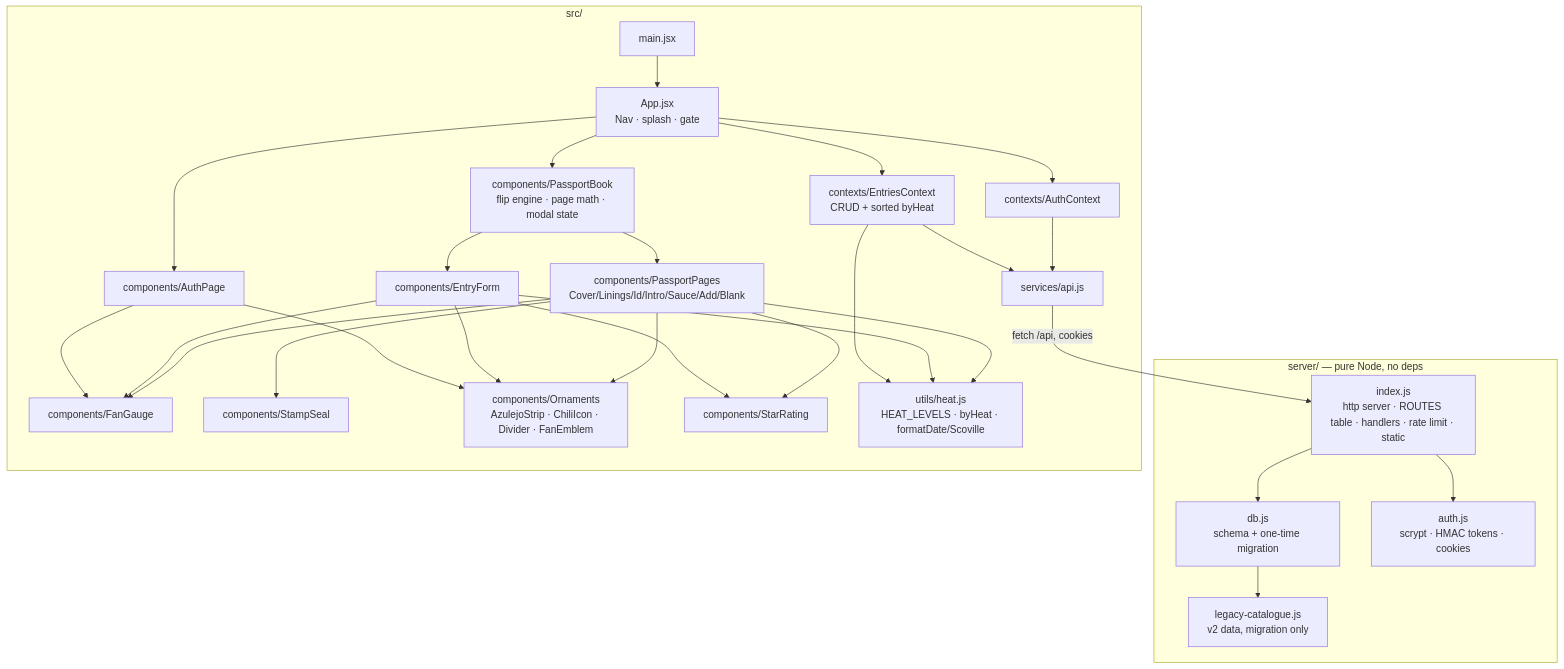
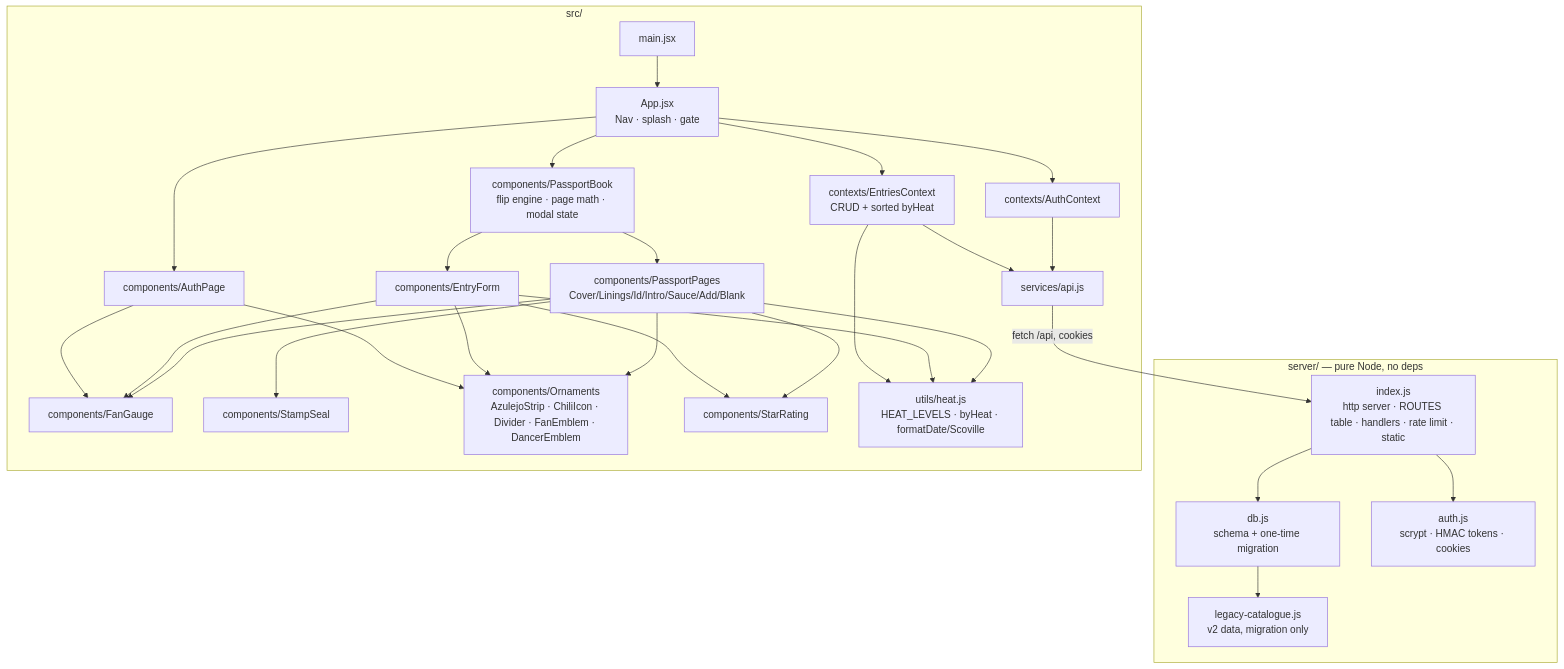
Before and after one commit to jbol/hot-sauce-rater: the diagram in CLAUDE.md, drawn with Mermaid. The commit also changed 5 other files, not shown here.

````diff
--- a/CLAUDE.md
+++ b/CLAUDE.md
@@ -24,23 +24,23 @@
 ```mermaid
 graph TD
   subgraph server [server/ — pure Node, no deps]
     IDX[index.js<br/>http server · ROUTES table · handlers · rate limit · static] --> DB[db.js<br/>schema + one-time migration]
     IDX --> AUTH[auth.js<br/>scrypt · HMAC tokens · cookies]
     DB --> LEG[legacy-catalogue.js<br/>v2 data, migration only]
   end
   subgraph frontend [src/]
     MAIN[main.jsx] --> APP[App.jsx<br/>Nav · splash · gate]
     APP --> AC[contexts/AuthContext]
     APP --> AP[components/AuthPage]
     APP --> EC[contexts/EntriesContext<br/>CRUD + sorted byHeat]
     APP --> PB[components/PassportBook<br/>flip engine · page math · modal state]
     PB --> PP[components/PassportPages<br/>Cover/Linings/Id/Intro/Sauce/Add/Blank]
     PB --> EF[components/EntryForm]
     AC & EC --> API[services/api.js] -->|fetch /api, cookies| IDX
     PP & EF & AP --> FG[components/FanGauge]
     PP --> SS[components/StampSeal]
-    PP & EF & AP --> OR[components/Ornaments<br/>AzulejoStrip · ChiliIcon · Divider · FanEmblem]
+    PP & EF & AP --> OR[components/Ornaments<br/>AzulejoStrip · ChiliIcon · Divider · FanEmblem · DancerEmblem]
     PP & EF --> SR[components/StarRating]
     PP & EF & EC --> HU[utils/heat.js<br/>HEAT_LEVELS · byHeat · formatDate/Scoville]
   end
 ```
````
